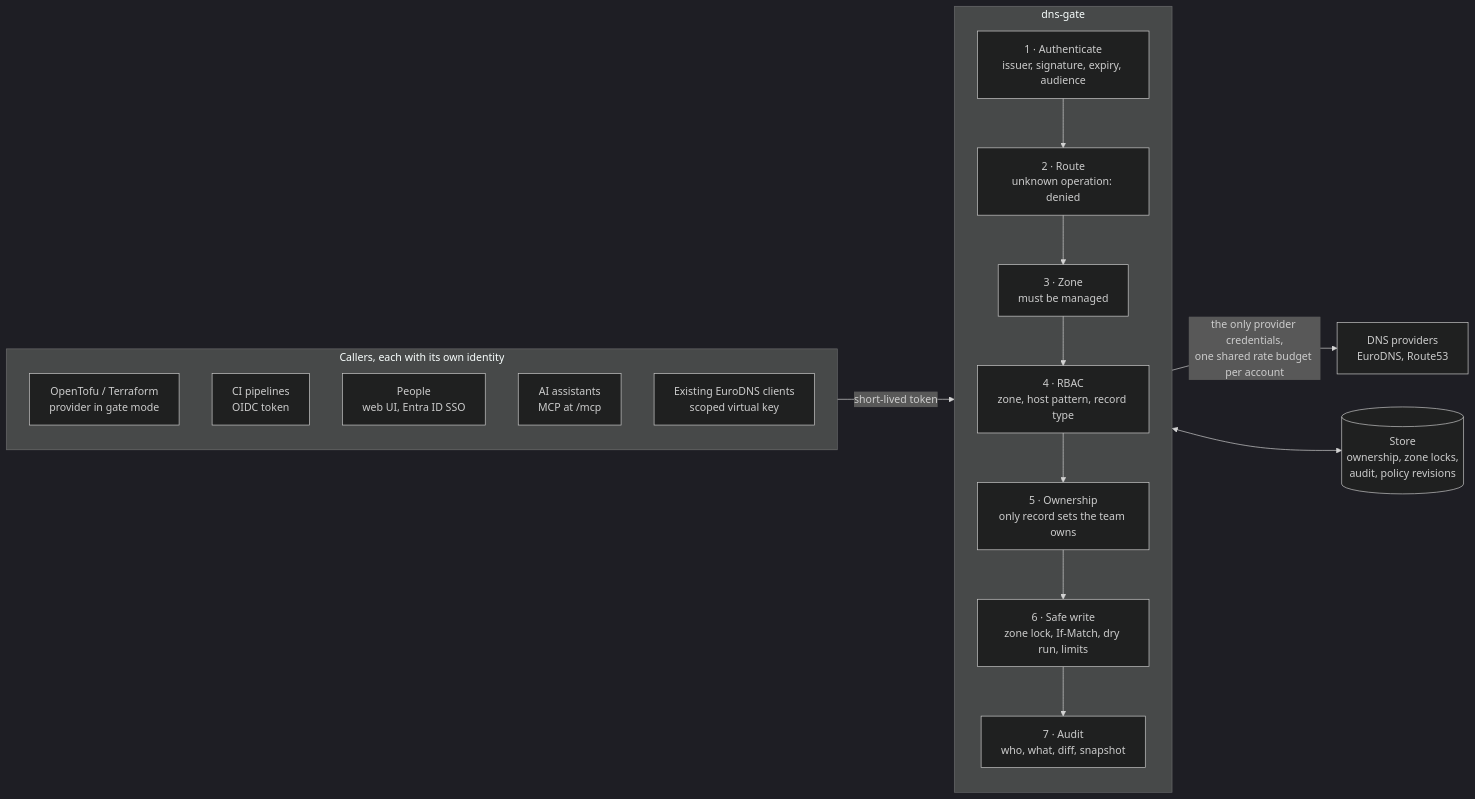
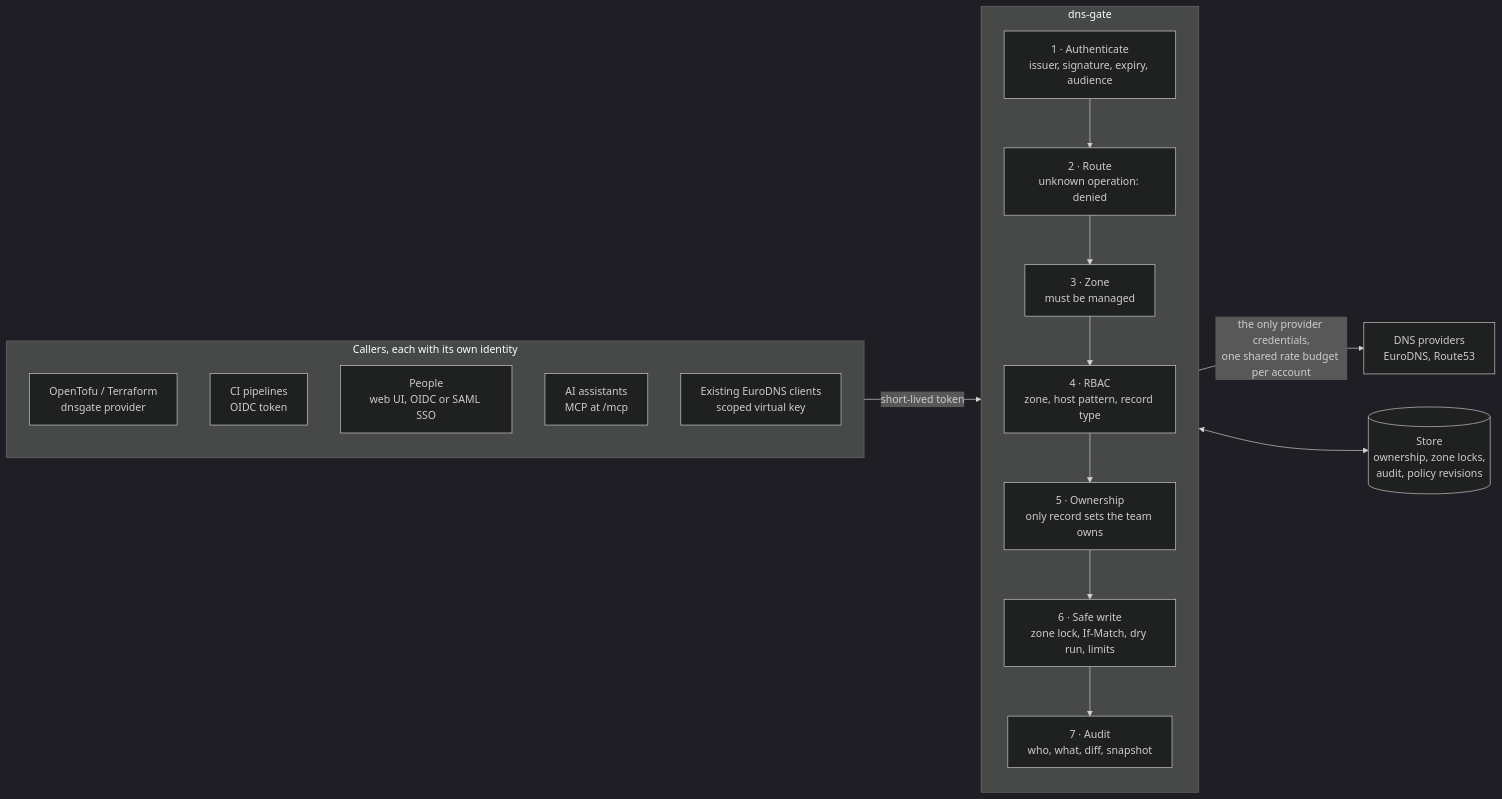
Before and after one commit to KamorionLabs/dns-gate: the first of 2 diagrams in README.md, drawn with Mermaid (dark theme). The commit also changed other lines of this file and 6 other files, not shown here.

Commit message:
docs: UI writes through plan/apply, multi-provider README, Route53, Lambda and Identity Center links, roadmap in GitHub issues

````diff
--- a/README.md
+++ b/README.md
@@ -67,30 +74,30 @@
 ```mermaid
 flowchart LR
   subgraph callers["Callers, each with its own identity"]
     direction TB
-    tf["OpenTofu / Terraform<br/>provider in gate mode"]
+    tf["OpenTofu / Terraform<br/>dnsgate provider"]
     ci["CI pipelines<br/>OIDC token"]
-    people["People<br/>web UI, Entra ID SSO"]
+    people["People<br/>web UI, OIDC or SAML SSO"]
     agents["AI assistants<br/>MCP at /mcp"]
     legacy["Existing EuroDNS clients<br/>scoped virtual key"]
   end
 
   subgraph gate["dns-gate"]
     direction TB
     authn["1 · Authenticate<br/>issuer, signature, expiry, audience"]
     route["2 · Route<br/>unknown operation: denied"]
     zone["3 · Zone<br/>must be managed"]
     rbac["4 · RBAC<br/>zone, host pattern, record type"]
     own["5 · Ownership<br/>only record sets the team owns"]
     write["6 · Safe write<br/>zone lock, If-Match, dry run, limits"]
     audit["7 · Audit<br/>who, what, diff, snapshot"]
     authn --> route --> zone --> rbac --> own --> write --> audit
   end
 
   store[("Store<br/>ownership, zone locks,<br/>audit, policy revisions")]
   eurodns["DNS providers<br/>EuroDNS, Route53"]
 
   callers -- "short-lived token" --> gate
   gate -- "the only provider credentials,<br/>one shared rate budget per account" --> eurodns
   gate <--> store
 ```
````
